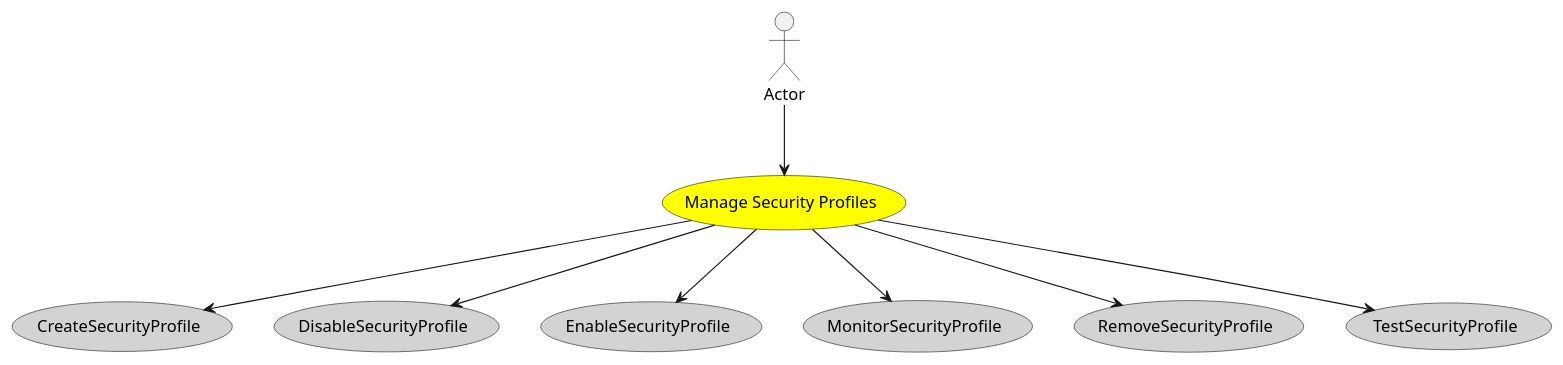
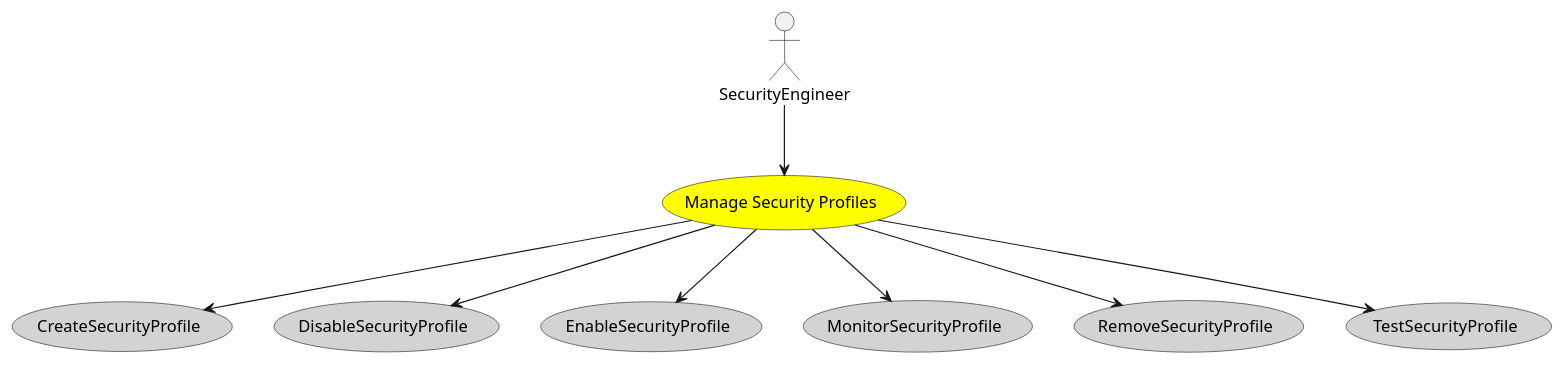
The diagram in docs/edgemere/sa/spm/usecases/managesecurityprofiles/Activities.puml (madajaju/edgemere), drawn with PlantUML before and after one commit. The commit also changed 1199 other files, not shown here.

```diff
--- a/docs/edgemere/sa/spm/usecases/managesecurityprofiles/Activities.puml
+++ b/docs/edgemere/sa/spm/usecases/managesecurityprofiles/Activities.puml
@@ -1,44 +1,44 @@
 @startuml
 
 
 usecase "Manage Security Profiles" as ManageSecurityProfiles #yellow
 
-Actor "Actor" as Actor
+Actor "SecurityEngineer" as SecurityEngineer
 
-Actor --> ManageSecurityProfiles
+SecurityEngineer --> ManageSecurityProfiles
 
 
 
 usecase "CreateSecurityProfile" as CreateSecurityProfile #lightgrey
 
 ManageSecurityProfiles --> CreateSecurityProfile
 
 usecase "DisableSecurityProfile" as DisableSecurityProfile #lightgrey
 
 ManageSecurityProfiles --> DisableSecurityProfile
 
 usecase "EnableSecurityProfile" as EnableSecurityProfile #lightgrey
 
 ManageSecurityProfiles --> EnableSecurityProfile
 
 usecase "MonitorSecurityProfile" as MonitorSecurityProfile #lightgrey
 
 ManageSecurityProfiles --> MonitorSecurityProfile
 
 usecase "RemoveSecurityProfile" as RemoveSecurityProfile #lightgrey
 
 ManageSecurityProfiles --> RemoveSecurityProfile
 
 usecase "TestSecurityProfile" as TestSecurityProfile #lightgrey
 
 ManageSecurityProfiles --> TestSecurityProfile
 
 
 
 
 
 
 
 
 
 @enduml
```
